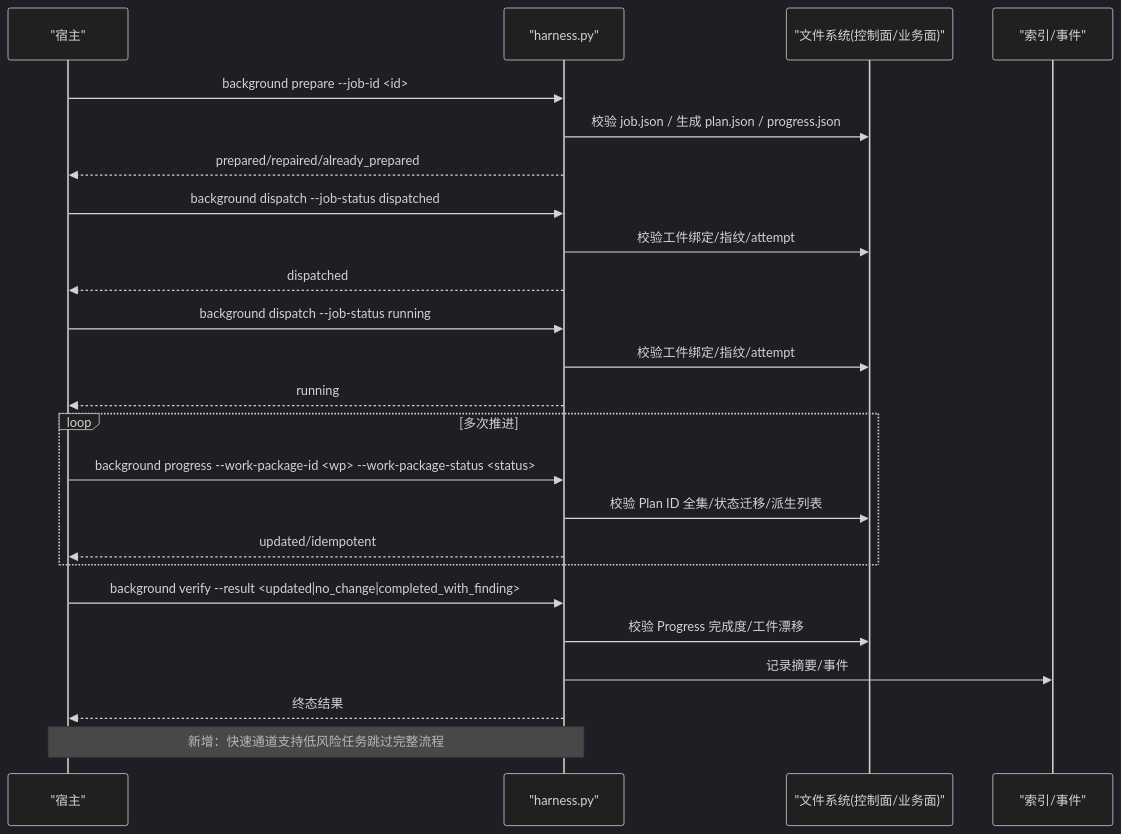
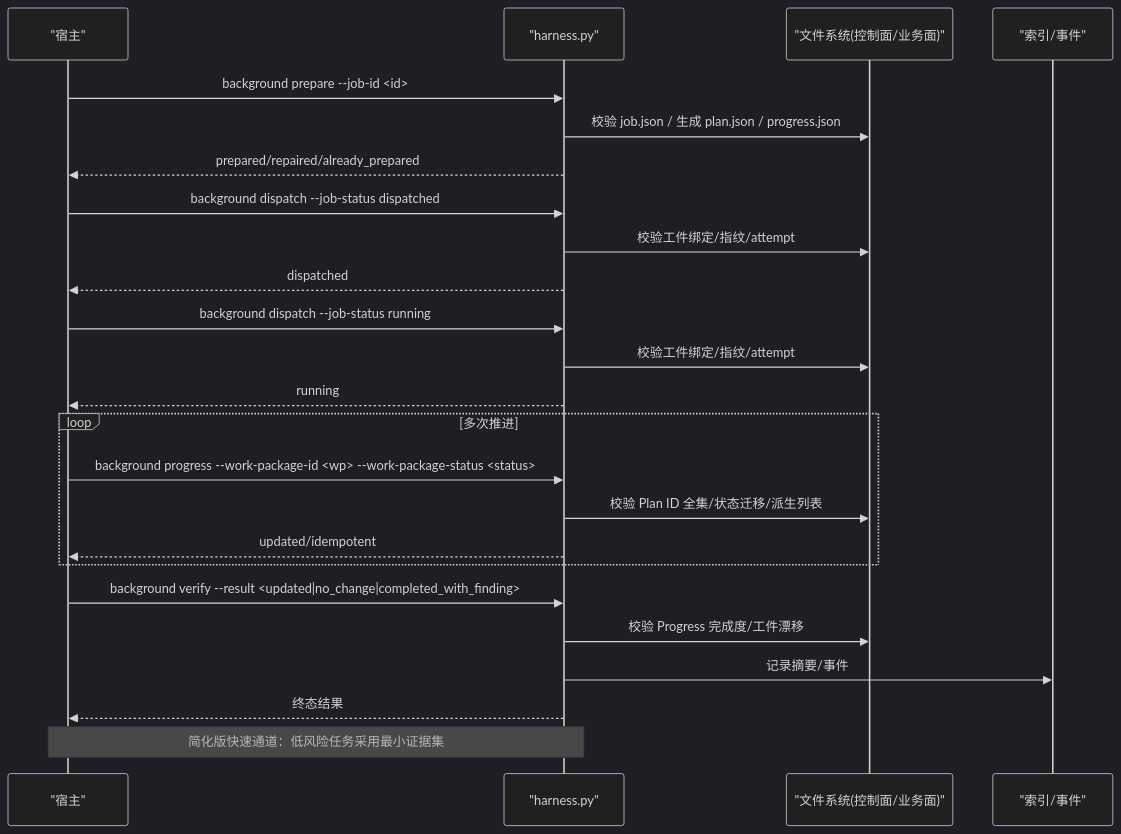
Before and after one commit to HackSing/docs-harness: the second of 11 diagrams in .qoder/repowiki/zh/content/核心概念/后台任务模型/后台任务模型.md, drawn with Mermaid (dark theme). The commit also changed other lines of this file and 27 other files, not shown here.

````diff
--- a/.qoder/repowiki/zh/content/核心概念/后台任务模型/后台任务模型.md
+++ b/.qoder/repowiki/zh/content/核心概念/后台任务模型/后台任务模型.md
@@ -81,26 +82,26 @@
 ```mermaid
 sequenceDiagram
 participant Host as "宿主"
 participant CLI as "harness.py"
 participant FS as "文件系统(控制面/业务面)"
 participant Index as "索引/事件"
 Host->>CLI : background prepare --job-id <id>
 CLI->>FS : 校验 job.json / 生成 plan.json / progress.json
 CLI-->>Host : prepared/repaired/already_prepared
 Host->>CLI : background dispatch --job-status dispatched
 CLI->>FS : 校验工件绑定/指纹/attempt
 CLI-->>Host : dispatched
 Host->>CLI : background dispatch --job-status running
 CLI->>FS : 校验工件绑定/指纹/attempt
 CLI-->>Host : running
 loop 多次推进
 Host->>CLI : background progress --work-package-id <wp> --work-package-status <status>
 CLI->>FS : 校验 Plan ID 全集/状态迁移/派生列表
 CLI-->>Host : updated/idempotent
 end
 Host->>CLI : background verify --result <updated|no_change|completed_with_finding>
 CLI->>FS : 校验 Progress 完成度/工件漂移
 CLI->>Index : 记录摘要/事件
 CLI-->>Host : 终态结果
-Note over Host,CLI : 新增：快速通道支持低风险任务跳过完整流程
+Note over Host,CLI : 简化版快速通道：低风险任务采用最小证据集
 ```
````
